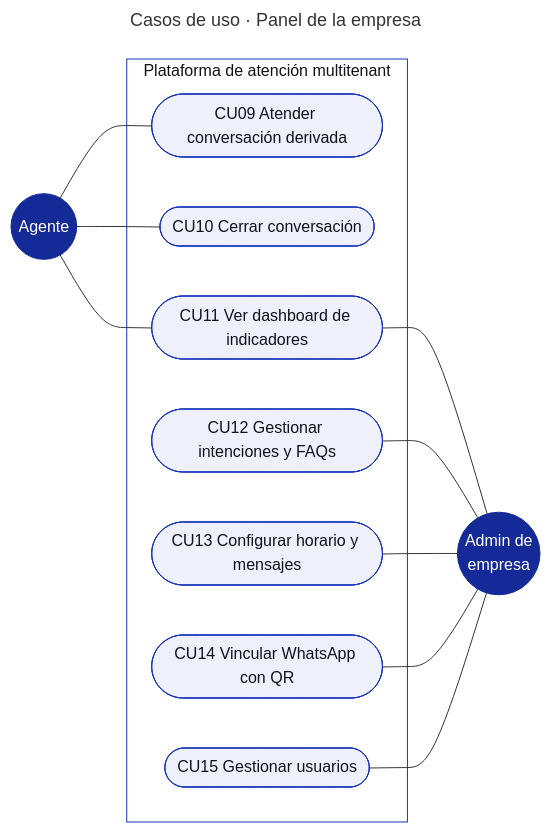
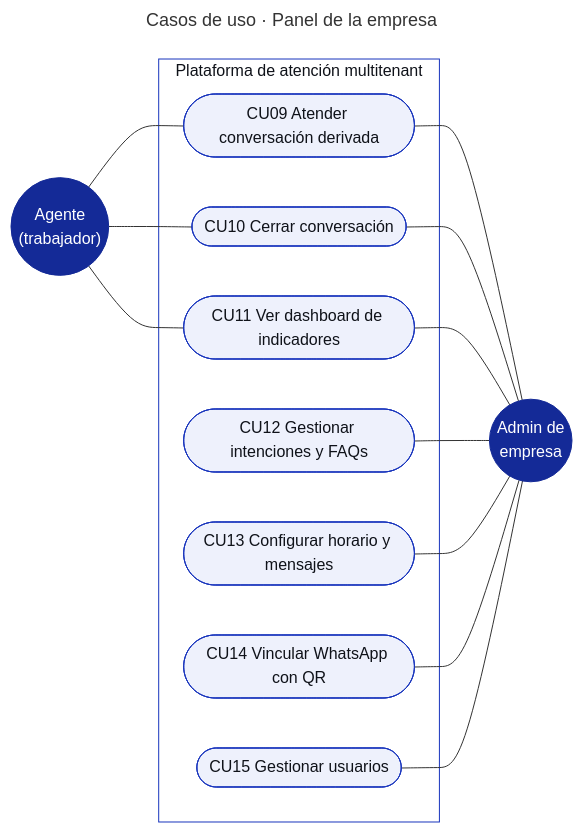
The diagram in docs/02-uml/casos-de-uso/03-panel-empresa.md (GerardoGM14/app-tesis-chatbot), drawn with Mermaid before and after one commit. The commit also changed other lines of this file and 28 other files, not shown here.

````diff
--- a/docs/02-uml/casos-de-uso/03-panel-empresa.md
+++ b/docs/02-uml/casos-de-uso/03-panel-empresa.md
@@ -5,34 +5,36 @@
 ```mermaid
 ---
 title: "Casos de uso · Panel de la empresa"
 ---
 flowchart LR
-  AG(("Agente"))
+  AG(("Agente<br/>(trabajador)"))
 
   subgraph SYS["Plataforma de atención multitenant"]
     UC09(["CU09 Atender conversación derivada"])
     UC10(["CU10 Cerrar conversación"])
     UC11(["CU11 Ver dashboard de indicadores"])
     UC12(["CU12 Gestionar intenciones y FAQs"])
     UC13(["CU13 Configurar horario y mensajes"])
     UC14(["CU14 Vincular WhatsApp con QR"])
     UC15(["CU15 Gestionar usuarios"])
   end
 
   AD(("Admin de<br/>empresa"))
 
   AG --- UC09
   AG --- UC10
   AG --- UC11
+  UC09 --- AD
+  UC10 --- AD
   UC11 --- AD
   UC12 --- AD
   UC13 --- AD
   UC14 --- AD
   UC15 --- AD
 
   classDef actor fill:#142A97,stroke:#142A97,color:#FFFFFF
   classDef usecase fill:#EEF1FC,stroke:#1834BC,color:#0F1219
   class AG,AD actor
   class UC09,UC10,UC11,UC12,UC13,UC14,UC15 usecase
   style SYS fill:#FFFFFF,stroke:#1834BC,color:#0F1219
 ```
````
